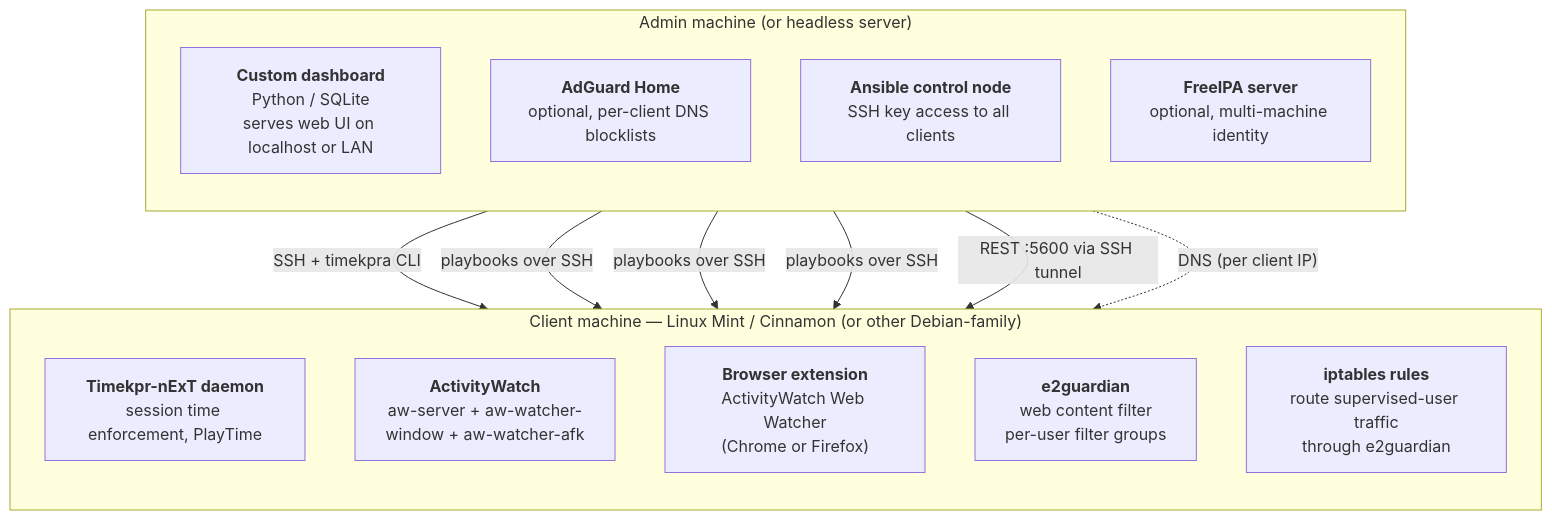
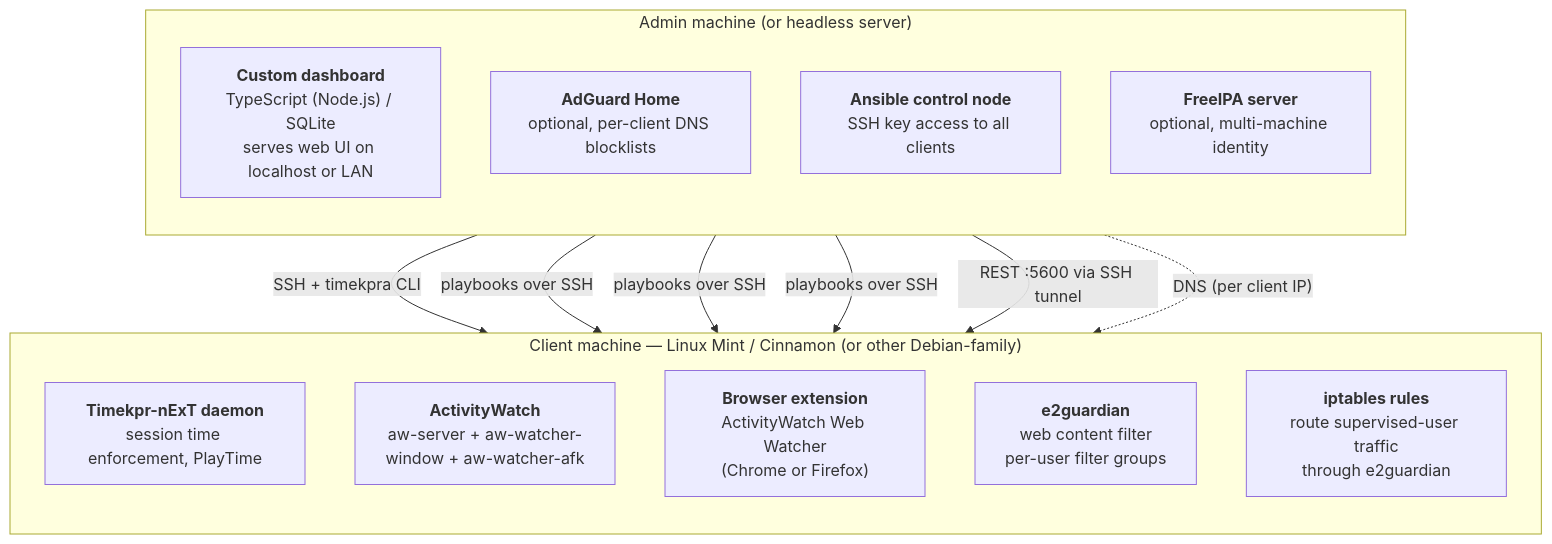
One commit to BenSeymourODB/linux-parental-controls-toolkit changed the diagram in docs/proposed-tech-stack.md. Above: the diagram before and after it, drawn with Mermaid. The commit also changed other lines of this file and 34 other files, not shown here.

First line of the commit message:
Docs: adopt TypeScript end-to-end as the implementation stack

````diff
--- a/docs/proposed-tech-stack.md
+++ b/docs/proposed-tech-stack.md
@@ -165,26 +229,26 @@
 ```mermaid
 flowchart TB
     subgraph AdminBox["Admin machine (or headless server)"]
         direction TB
-        Dash["<b>Custom dashboard</b><br/>Python / SQLite<br/>serves web UI on localhost or LAN"]
+        Dash["<b>Custom dashboard</b><br/>TypeScript (Node.js) / SQLite<br/>serves web UI on localhost or LAN"]
         AGH["<b>AdGuard Home</b><br/>optional, per-client DNS blocklists"]
         AnsibleCN["<b>Ansible control node</b><br/>SSH key access to all clients"]
         IPA["<b>FreeIPA server</b><br/>optional, multi-machine identity"]
     end
 
     subgraph ClientBox["Client machine — Linux Mint / Cinnamon (or other Debian-family)"]
         direction TB
         TK["<b>Timekpr-nExT daemon</b><br/>session time enforcement, PlayTime"]
         AW["<b>ActivityWatch</b><br/>aw-server + aw-watcher-window + aw-watcher-afk"]
         BrowserExt["<b>Browser extension</b><br/>ActivityWatch Web Watcher<br/>(Chrome or Firefox)"]
         E2G["<b>e2guardian</b><br/>web content filter<br/>per-user filter groups"]
         IPT["<b>iptables rules</b><br/>route supervised-user traffic<br/>through e2guardian"]
     end
 
     Dash -->|SSH + timekpra CLI| TK
     AnsibleCN -->|playbooks over SSH| E2G
     AnsibleCN -->|playbooks over SSH| IPT
     AnsibleCN -->|playbooks over SSH| AW
     Dash -->|REST :5600 via SSH tunnel| AW
     AGH -. DNS (per client IP) .-> ClientBox
 ```
````
